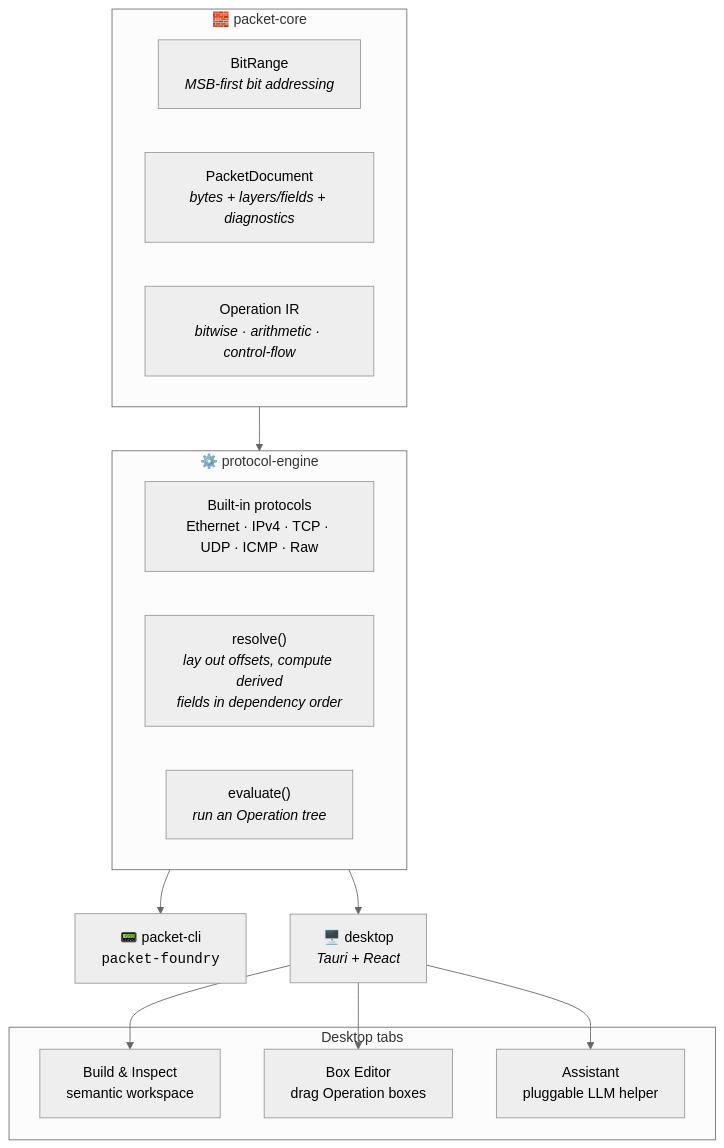
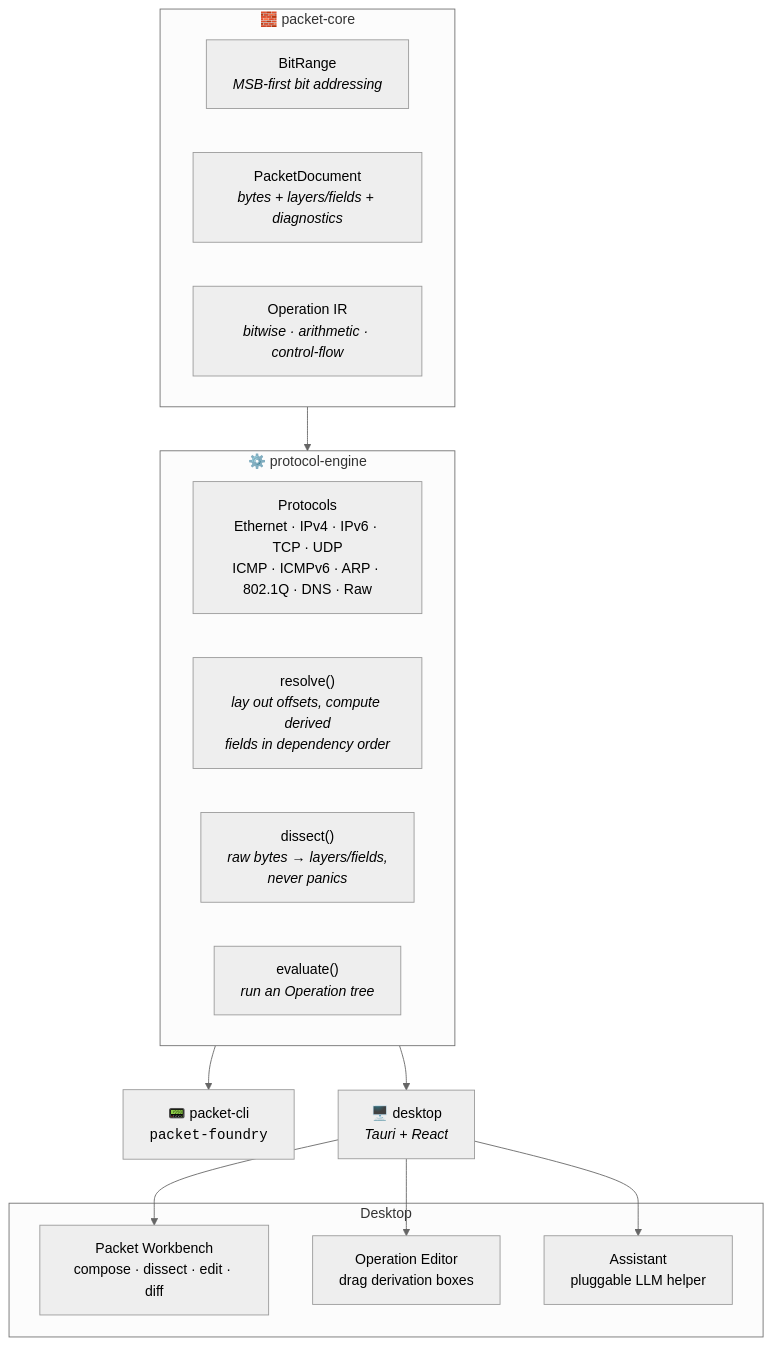
One commit to MKlolbullen/Packet-Foundry changed the diagram in README.md. Above: the diagram before and after it, drawn with Mermaid (neutral theme). The commit also changed other lines of this file and 5 other files, not shown here.

````diff
--- a/README.md
+++ b/README.md
@@ -56,23 +66,24 @@
 ```mermaid
 flowchart TD
     subgraph core["🧱 packet-core"]
         BR["BitRange<br/><i>MSB-first bit addressing</i>"]
         DOC["PacketDocument<br/><i>bytes + layers/fields + diagnostics</i>"]
         OP["Operation IR<br/><i>bitwise · arithmetic · control-flow</i>"]
     end
     subgraph engine["⚙️ protocol-engine"]
-        PROTO["Built-in protocols<br/>Ethernet · IPv4 · TCP · UDP · ICMP · Raw"]
+        PROTO["Protocols<br/>Ethernet · IPv4 · IPv6 · TCP · UDP<br/>ICMP · ICMPv6 · ARP · 802.1Q · DNS · Raw"]
         RESOLVE["resolve()<br/><i>lay out offsets, compute derived<br/>fields in dependency order</i>"]
+        DISSECT["dissect()<br/><i>raw bytes → layers/fields,<br/>never panics</i>"]
         EVAL["evaluate()<br/><i>run an Operation tree</i>"]
     end
     core --> engine
     engine --> CLI["📟 packet-cli<br/><code>packet-foundry</code>"]
     engine --> GUI["🖥️ desktop<br/><i>Tauri + React</i>"]
 
-    subgraph desktop["Desktop tabs"]
-        WS["Build &amp; Inspect<br/>semantic workspace"]
-        BOX["Box Editor<br/>drag Operation boxes"]
+    subgraph desktop["Desktop"]
+        WS["Packet Workbench<br/>compose · dissect · edit · diff"]
+        BOX["Operation Editor<br/>drag derivation boxes"]
         AI["Assistant<br/>pluggable LLM helper"]
     end
     GUI --> WS & BOX & AI
 ```
````
